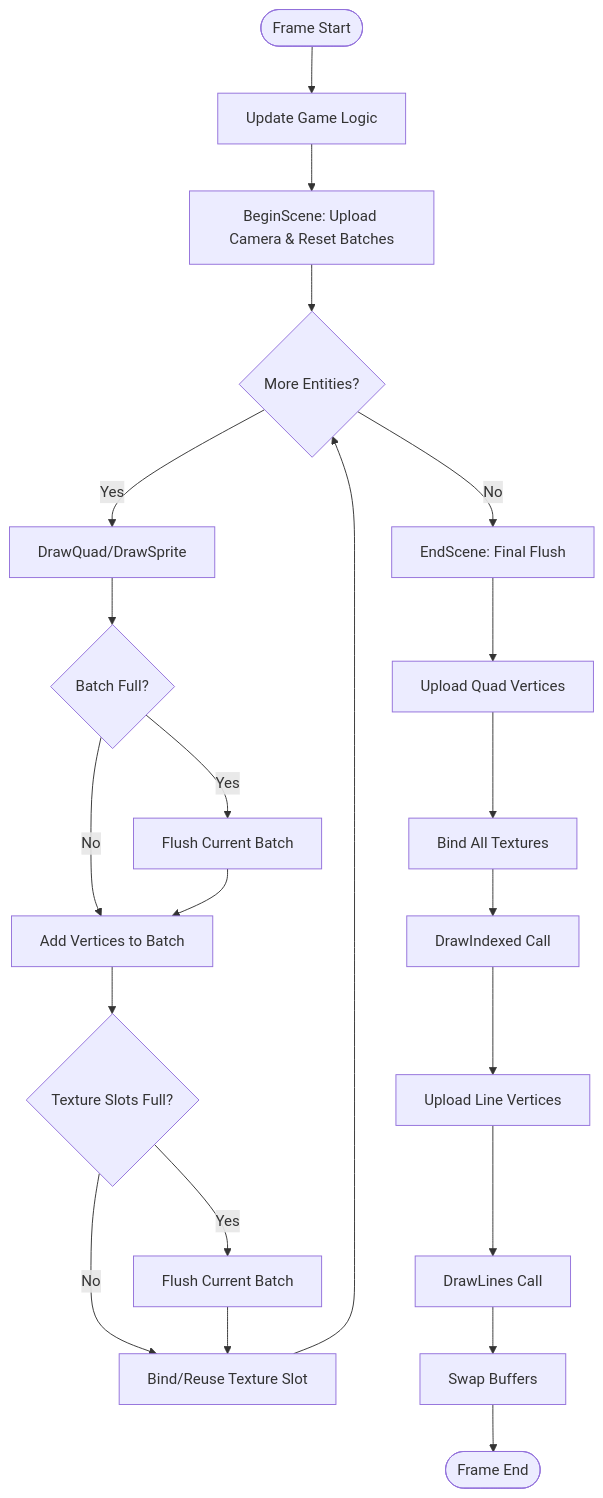
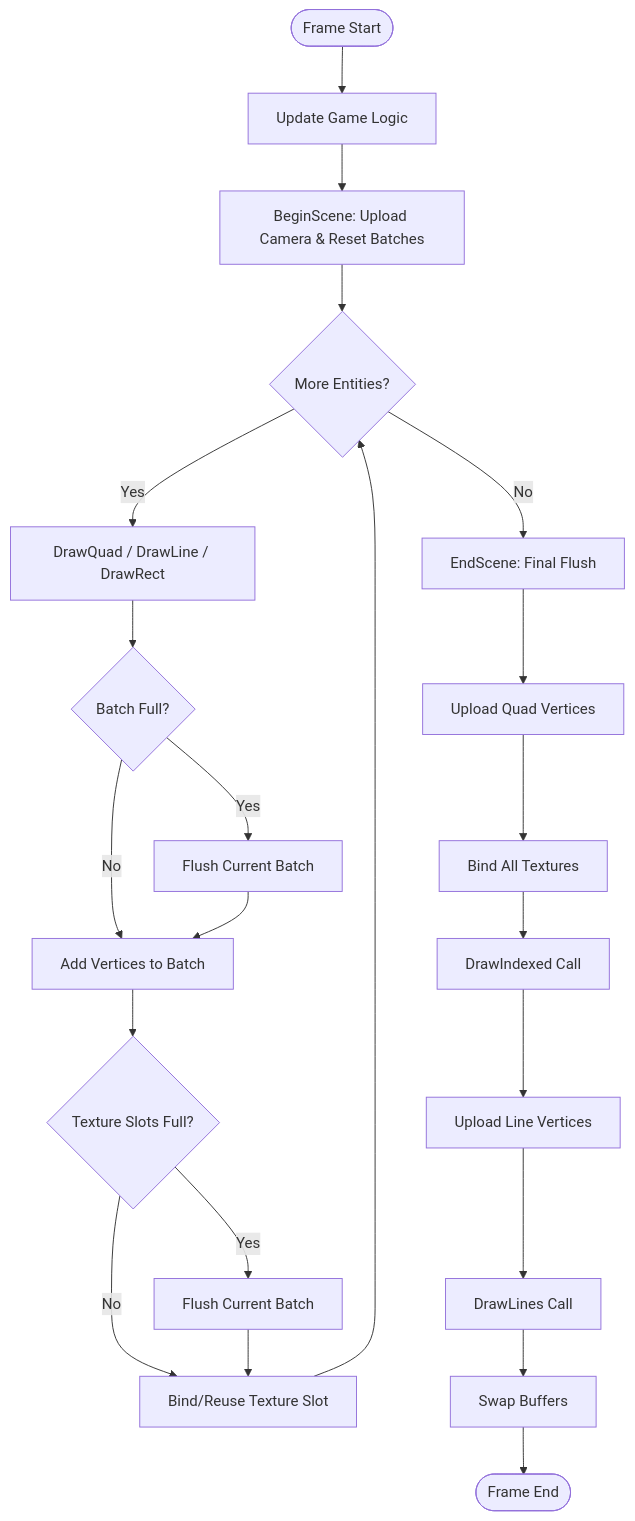
One commit to kateusz/GameEngine changed the fourth of 6 diagrams in docs/opengl/opengl-2d-workflow.md. Above: the diagram before and after it, drawn with Mermaid. The commit also changed other lines of this file and 25 other files, not shown here.

````diff
--- a/docs/opengl/opengl-2d-workflow.md
+++ b/docs/opengl/opengl-2d-workflow.md
@@ -259,34 +260,34 @@
 ```mermaid
 flowchart TD
     Start([Frame Start]) --> Update[Update Game Logic]
     Update --> BeginScene[BeginScene: Upload Camera & Reset Batches]
 
     BeginScene --> Loop{More Entities?}
 
-    Loop -->|Yes| DrawCall[DrawQuad/DrawSprite]
+    Loop -->|Yes| DrawCall[DrawQuad / DrawLine / DrawRect]
     DrawCall --> CheckBatch{Batch Full?}
 
     CheckBatch -->|No| AddVerts[Add Vertices to Batch]
     AddVerts --> CheckTex{Texture Slots Full?}
 
     CheckTex -->|No| BindTex[Bind/Reuse Texture Slot]
     BindTex --> Loop
 
     CheckTex -->|Yes| Flush1[Flush Current Batch]
     Flush1 --> BindTex
 
     CheckBatch -->|Yes| Flush2[Flush Current Batch]
     Flush2 --> AddVerts
 
     Loop -->|No| EndScene[EndScene: Final Flush]
 
     EndScene --> FlushQuads[Upload Quad Vertices]
     FlushQuads --> BindTextures[Bind All Textures]
     BindTextures --> DrawIndexed[DrawIndexed Call]
 
     DrawIndexed --> FlushLines[Upload Line Vertices]
     FlushLines --> DrawLines[DrawLines Call]
 
     DrawLines --> Swap[Swap Buffers]
     Swap --> End([Frame End])
 ```
````
